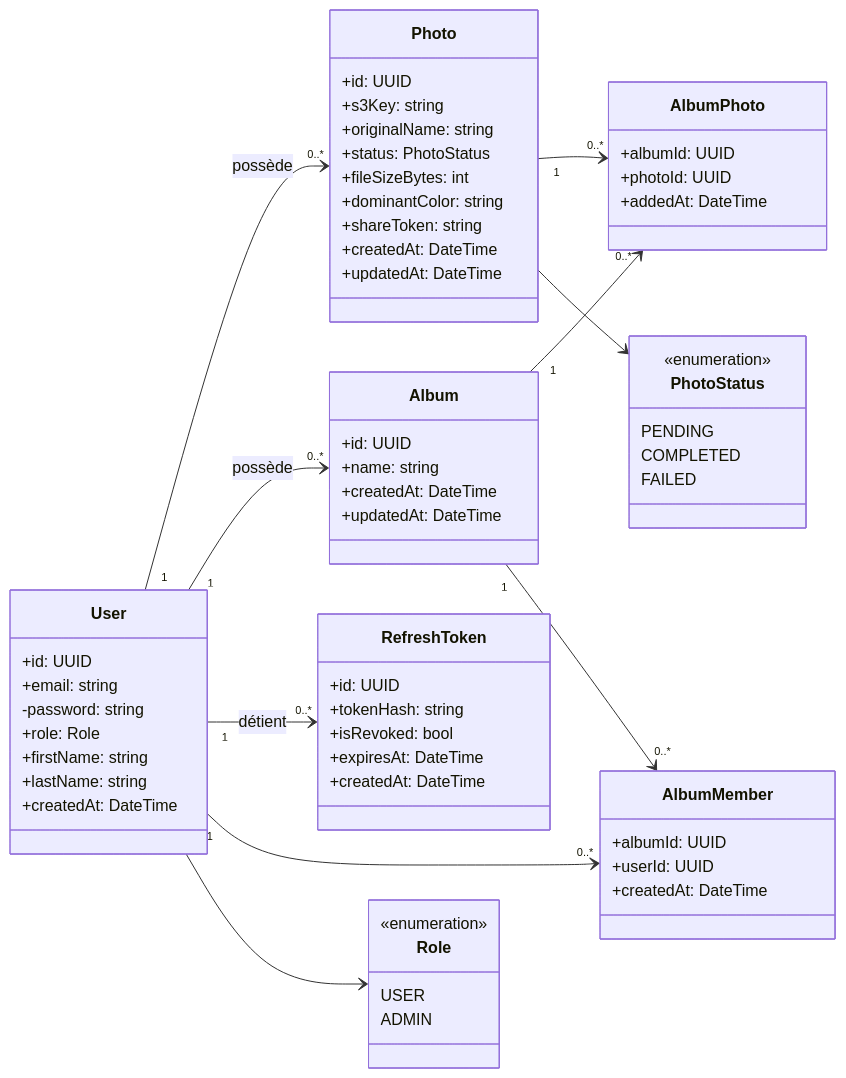
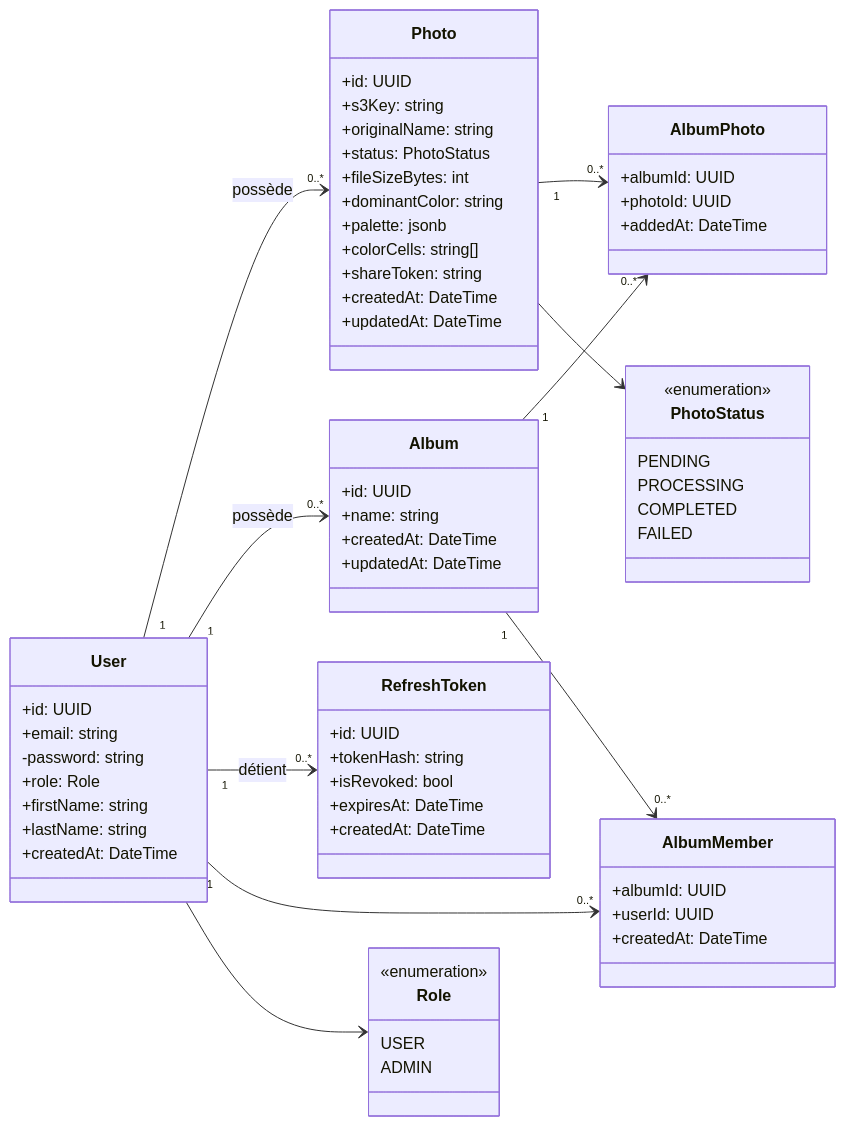
One commit to TonyMascate/fil_rouge_plateforme changed the third of 3 diagrams in docs/modelisation-donnees.md. Above: the diagram before and after it, drawn with Mermaid. The commit also changed other lines of this file and 43 other files, not shown here.

````diff
--- a/docs/modelisation-donnees.md
+++ b/docs/modelisation-donnees.md
@@ -178,76 +184,79 @@
 ```mermaid
 classDiagram
     direction LR
 
     class User {
         +id: UUID
         +email: string
         -password: string
         +role: Role
         +firstName: string
         +lastName: string
         +createdAt: DateTime
     }
 
     class Photo {
         +id: UUID
         +s3Key: string
         +originalName: string
         +status: PhotoStatus
         +fileSizeBytes: int
         +dominantColor: string
+        +palette: jsonb
+        +colorCells: string[]
         +shareToken: string
         +createdAt: DateTime
         +updatedAt: DateTime
     }
 
     class Album {
         +id: UUID
         +name: string
         +createdAt: DateTime
         +updatedAt: DateTime
     }
 
     class AlbumPhoto {
         +albumId: UUID
         +photoId: UUID
         +addedAt: DateTime
     }
 
     class AlbumMember {
         +albumId: UUID
         +userId: UUID
         +createdAt: DateTime
     }
 
     class RefreshToken {
         +id: UUID
         +tokenHash: string
         +isRevoked: bool
         +expiresAt: DateTime
         +createdAt: DateTime
     }
 
     class Role {
         <<enumeration>>
         USER
         ADMIN
     }
 
     class PhotoStatus {
         <<enumeration>>
         PENDING
+        PROCESSING
         COMPLETED
         FAILED
     }
 
     User "1" --> "0..*" Photo : possède
     User "1" --> "0..*" Album : possède
     User "1" --> "0..*" RefreshToken : détient
     Album "1" --> "0..*" AlbumPhoto
     Photo "1" --> "0..*" AlbumPhoto
     Album "1" --> "0..*" AlbumMember
     User  "1" --> "0..*" AlbumMember
     User --> Role
     Photo --> PhotoStatus
 ```
````
